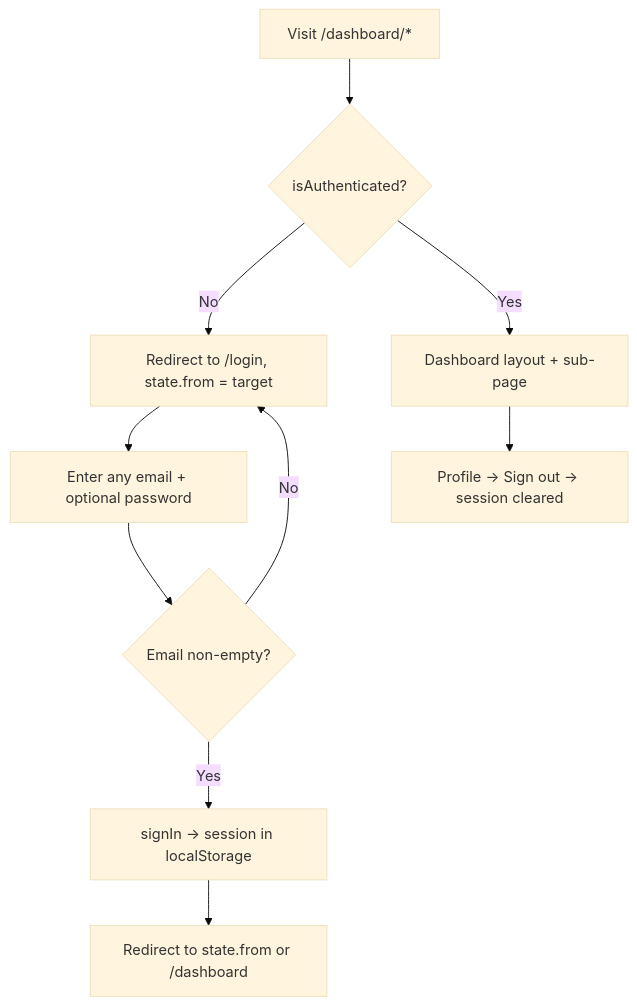
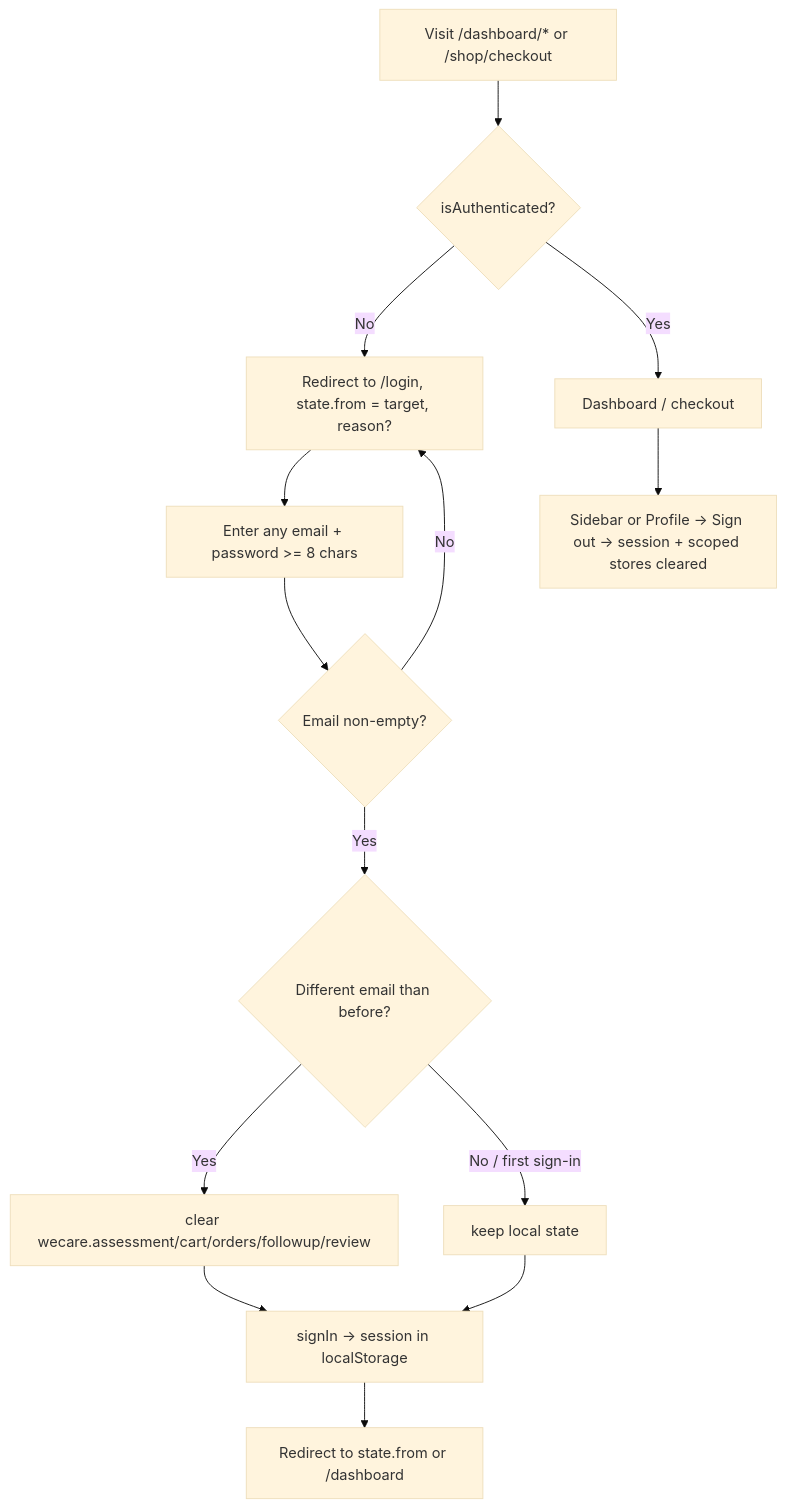
One commit to precioushopey/wecare changed the third of 5 diagrams in docs/DESIGN-SPECIFICATION.md. Above: the diagram before and after it, drawn with Mermaid (base theme). The commit also changed other lines of this file and 90 other files, not shown here.

````diff
--- a/docs/DESIGN-SPECIFICATION.md
+++ b/docs/DESIGN-SPECIFICATION.md
@@ -228,12 +256,16 @@
 ```mermaid
 flowchart TD
-    A[Visit /dashboard/*] --> B{isAuthenticated?}
-    B -->|No| C[Redirect to /login, state.from = target]
-    C --> D[Enter any email + optional password]
+    A[Visit /dashboard/* or /shop/checkout] --> B{isAuthenticated?}
+    B -->|No| C[Redirect to /login, state.from = target, reason?]
+    C --> D[Enter any email + password >= 8 chars]
     D --> E{Email non-empty?}
     E -->|No| C
-    E -->|Yes| F[signIn → session in localStorage]
-    F --> G[Redirect to state.from or /dashboard]
-    B -->|Yes| H[Dashboard layout + sub-page]
-    H --> I[Profile → Sign out → session cleared]
+    E -->|Yes| F{Different email than before?}
+    F -->|Yes| F2[clear wecare.assessment/cart/orders/followup/review]
+    F -->|No / first sign-in| F3[keep local state]
+    F2 --> G[signIn → session in localStorage]
+    F3 --> G
+    G --> H[Redirect to state.from or /dashboard]
+    B -->|Yes| I[Dashboard / checkout]
+    I --> J[Sidebar or Profile → Sign out → session + scoped stores cleared]
 ```
````
